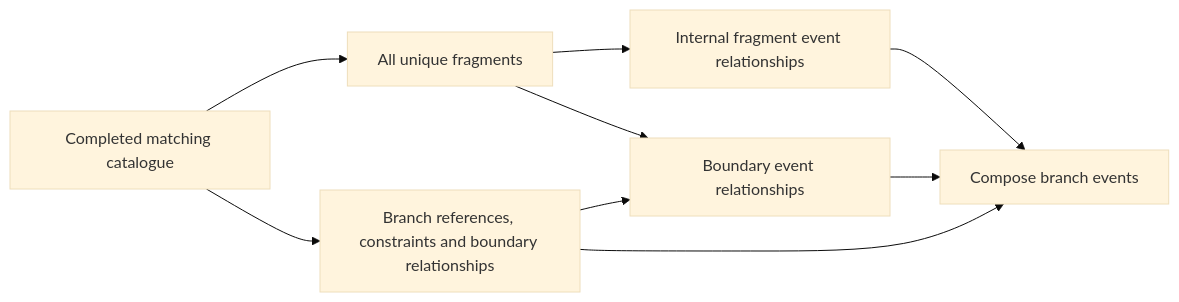
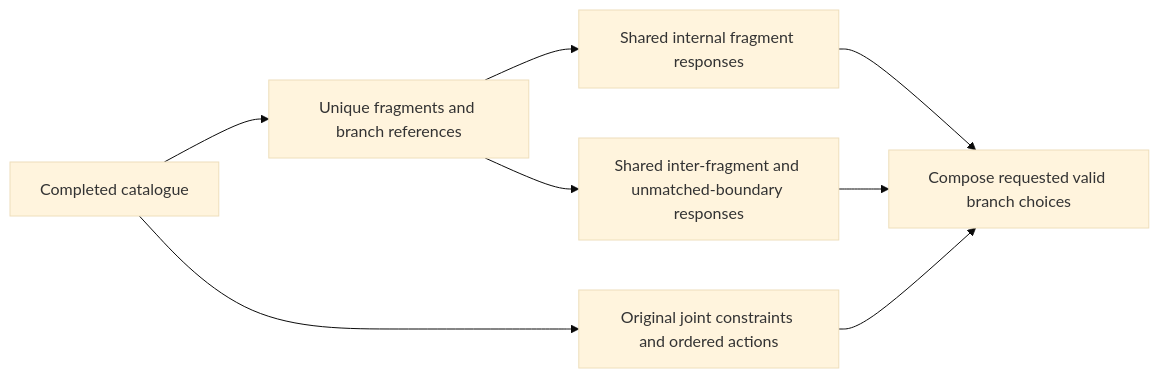
The third of 4 diagrams in design.md (yunhzou/MAPPA-AAM), drawn with Mermaid (base theme) before and after one commit. The commit also changed other lines of this file and 63 other files, not shown here.

First line of the commit message:
Complete direct compressed fragment matching and remove legacy growth

````diff
--- a/design.md
+++ b/design.md
@@ -438,11 +206,10 @@
 ```mermaid
 flowchart LR
-    Catalogue[Completed matching catalogue] --> Inventory[All unique fragments]
-    Catalogue --> Uses[Branch references, constraints and boundary relationships]
-    Inventory --> Internal[Internal fragment event relationships]
-    Inventory --> Boundary[Boundary event relationships]
-    Uses --> Boundary
-    Internal --> Compose[Compose branch events]
+    Catalogue[Completed catalogue] --> Inventory[Unique fragments and branch references]
+    Inventory --> Internal[Shared internal fragment responses]
+    Inventory --> Boundary[Shared inter-fragment and unmatched-boundary responses]
+    Internal --> Compose[Compose requested valid branch choices]
     Boundary --> Compose
-    Uses --> Compose
+    Catalogue --> Constraints[Original joint constraints and ordered actions]
+    Constraints --> Compose
 ```
````
